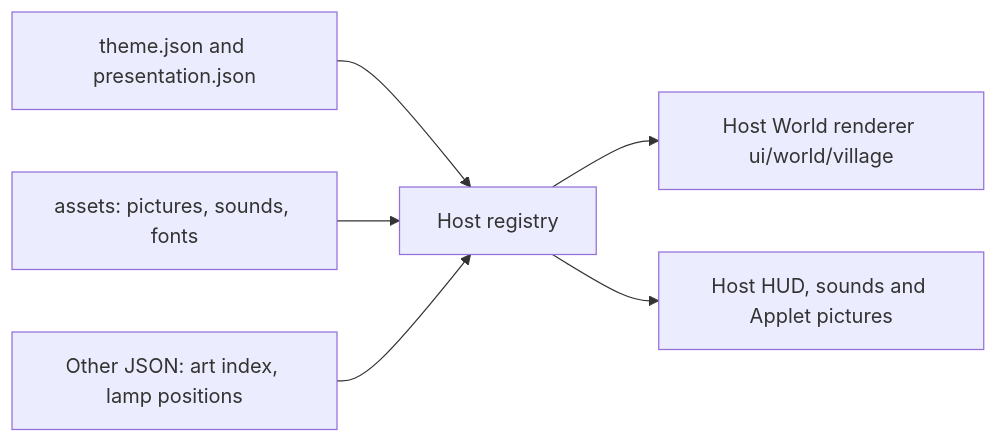
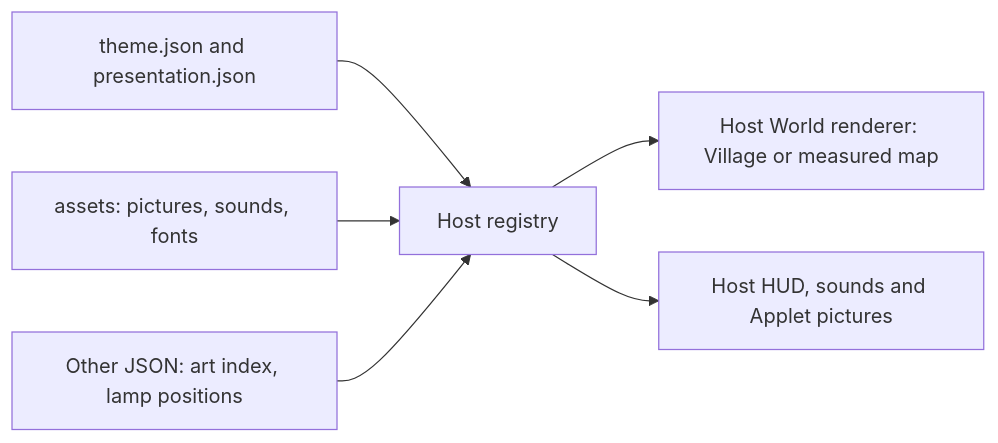
One commit to clockless-org/worldlet changed the diagram in resources/themes/CONTRACT.md. Above: the diagram before and after it, drawn with Mermaid. The commit also changed other lines of this file and 28 other files, not shown here.

Commit message:
Render static World maps with shared navigation and measured companion clearance

````diff
--- a/resources/themes/CONTRACT.md
+++ b/resources/themes/CONTRACT.md
@@ -7,8 +7,8 @@
 ```mermaid
 flowchart LR
   T[theme.json and presentation.json] --> R[Host registry]
   A[assets: pictures, sounds, fonts] --> R
   J[Other JSON: art index, lamp positions] --> R
-  R --> W[Host World renderer ui/world/village]
+  R --> W[Host World renderer: Village or measured map]
   R --> H[Host HUD, sounds and Applet pictures]
 ```
````
